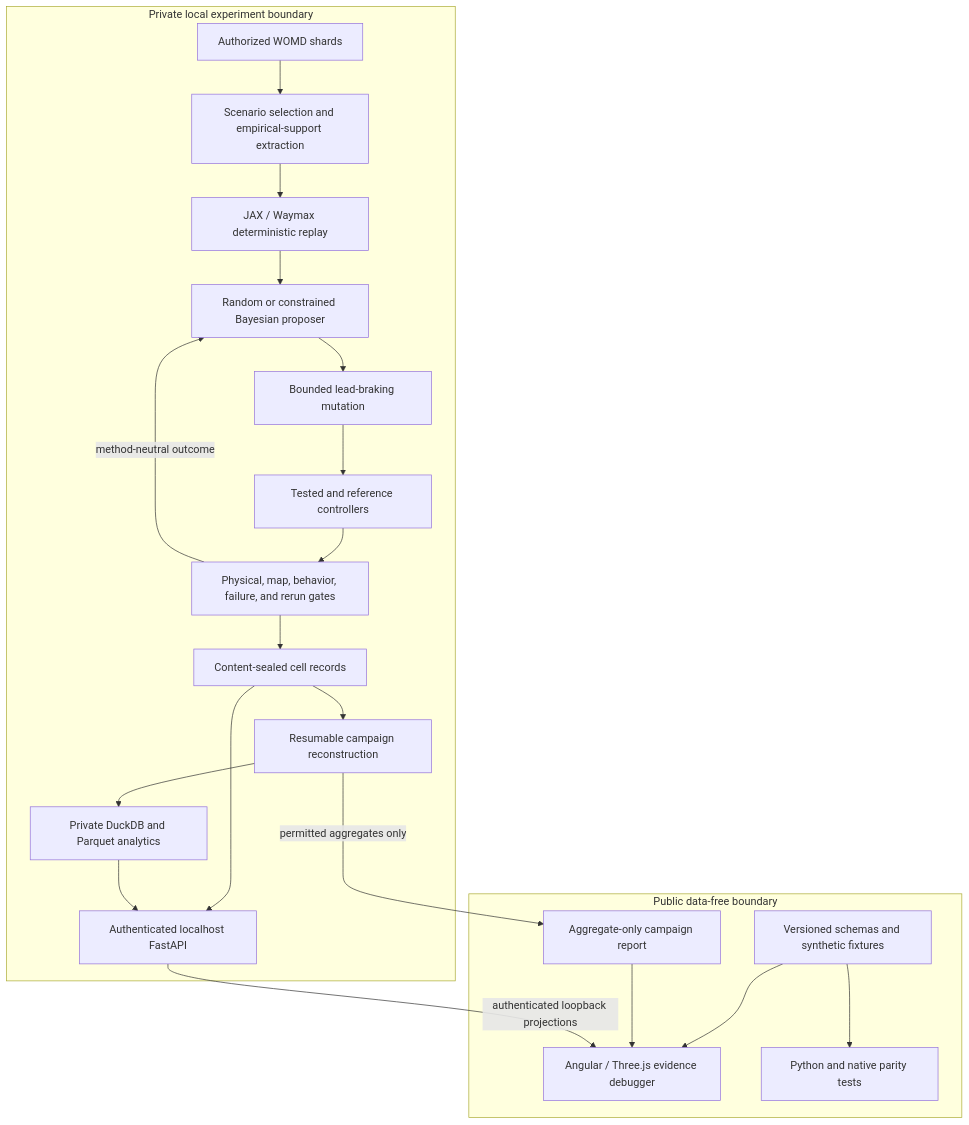
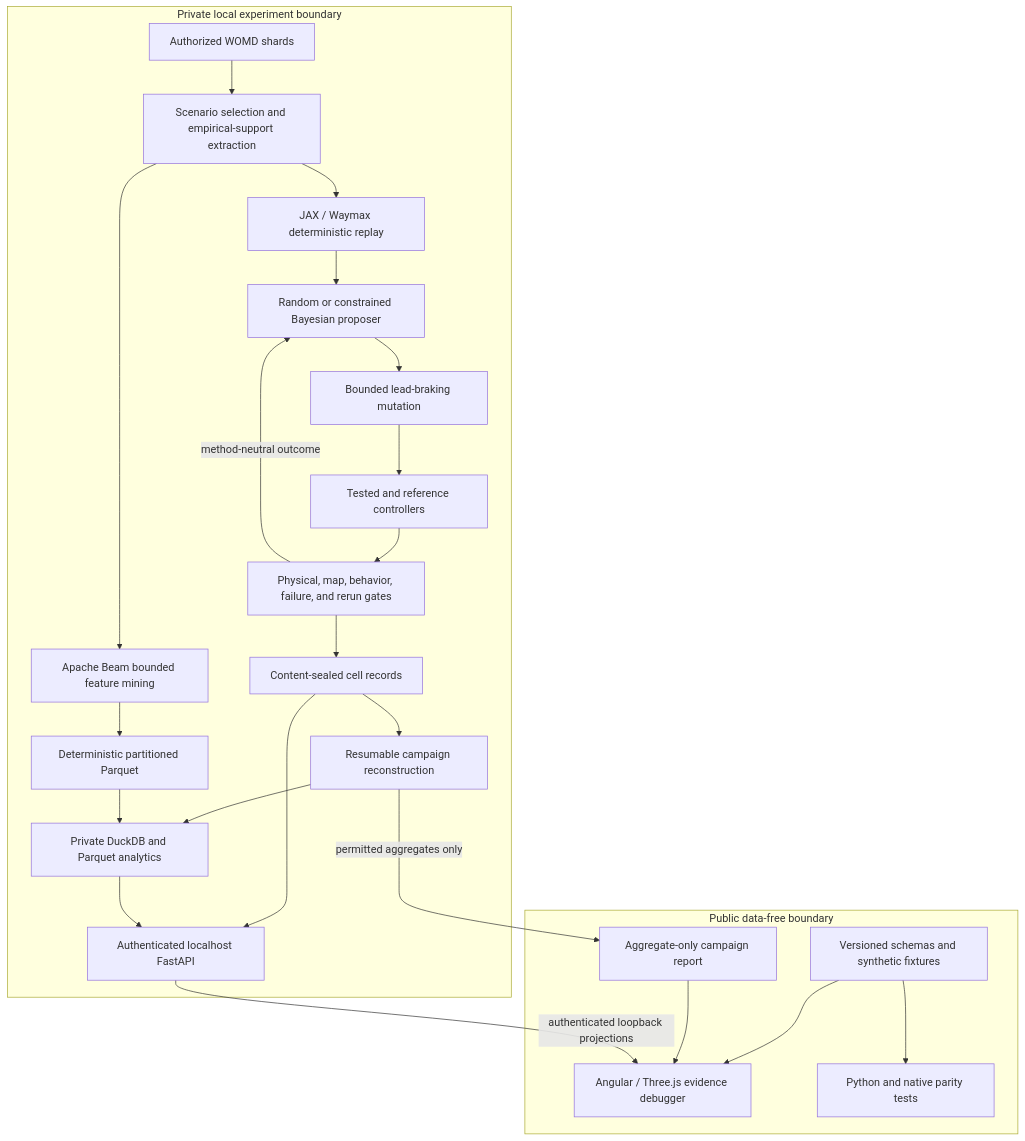
Before and after one commit to ethanvillalovoz/planmargin: the diagram in docs/architecture.md, drawn with Mermaid. The commit also changed other lines of this file and 10 other files, not shown here.

Commit message:
Add restartable Beam feature pipeline

````diff
--- a/docs/architecture.md
+++ b/docs/architecture.md
@@ -11,30 +11,33 @@
 ```mermaid
 flowchart TB
     subgraph P["Private local experiment boundary"]
         A["Authorized WOMD shards"] --> B["Scenario selection and empirical-support extraction"]
         B --> C["JAX / Waymax deterministic replay"]
+        B --> Q["Apache Beam bounded feature mining"]
         C --> G["Random or constrained Bayesian proposer"]
         G --> D["Bounded lead-braking mutation"]
         D --> E["Tested and reference controllers"]
         E --> F["Physical, map, behavior, failure, and rerun gates"]
         F -->|"method-neutral outcome"| G
         F --> H["Content-sealed cell records"]
         H --> I["Resumable campaign reconstruction"]
         I --> J["Private DuckDB and Parquet analytics"]
+        Q --> R["Deterministic partitioned Parquet"]
+        R --> J
         H --> O["Authenticated localhost FastAPI"]
         J --> O
     end
 
     subgraph U["Public data-free boundary"]
         K["Versioned schemas and synthetic fixtures"]
         L["Aggregate-only campaign report"]
         M["Angular / Three.js evidence debugger"]
         N["Python and native parity tests"]
         K --> M
         L --> M
         K --> N
     end
 
     I -->|"permitted aggregates only"| L
     O -->|"authenticated loopback projections"| M
 ```
````
